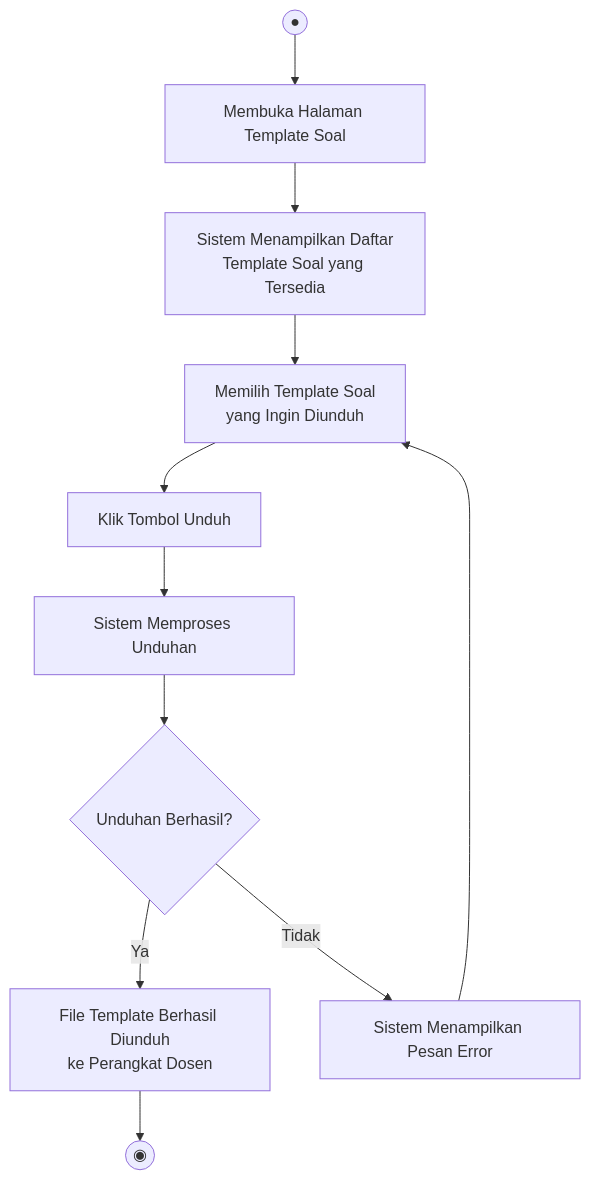
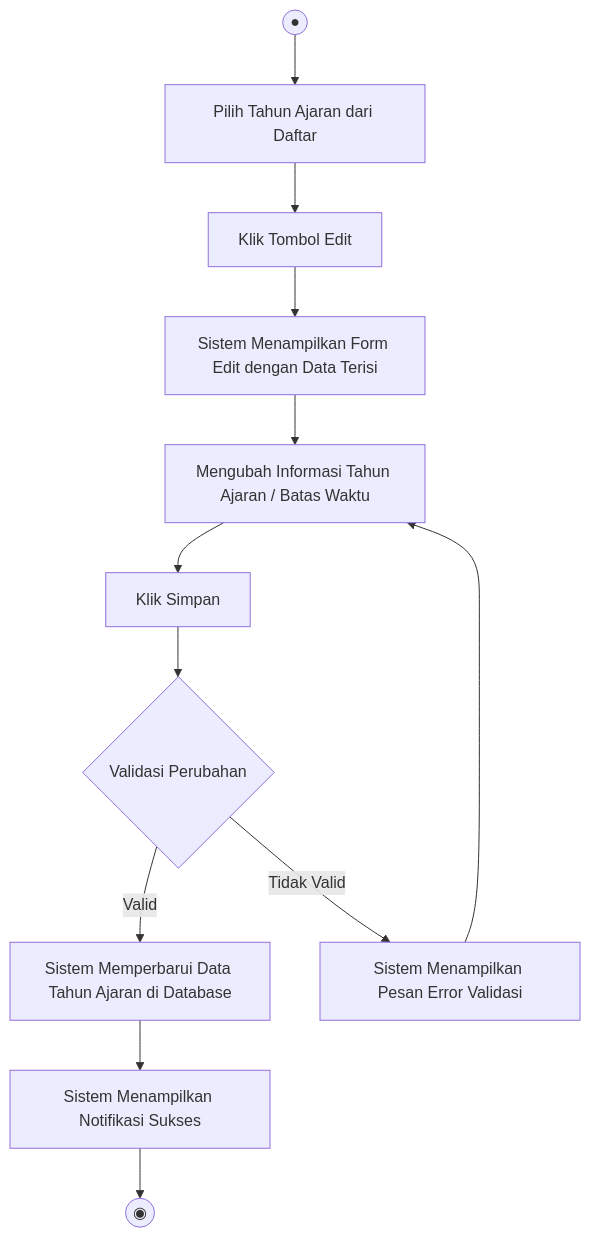
Diagram 17 of 32 in activity_diagrams.md (alexiusprst-tech/dashboard_verif), drawn with Mermaid before and after one commit. The commit also changed other lines of this file and 6 other files, not shown here.

````diff
--- a/activity_diagrams.md
+++ b/activity_diagrams.md
@@ -567,14 +294,14 @@
 ```mermaid
 flowchart TD
-    A(("●")) --> B["Membuka Halaman Template Soal"]
-    B --> C["Sistem Menampilkan Daftar\nTemplate Soal yang Tersedia"]
-    C --> D["Memilih Template Soal\nyang Ingin Diunduh"]
-    D --> E["Klik Tombol Unduh"]
-    E --> F["Sistem Memproses Unduhan"]
-    F --> G{"Unduhan Berhasil?"}
-    G -->|Ya| H["File Template Berhasil Diunduh\nke Perangkat Dosen"]
-    G -->|Tidak| I["Sistem Menampilkan Pesan Error"]
-    I --> D
-
-    H --> Z(("◉"))
+    Start(("●")) --> SelectTA["Pilih Tahun Ajaran dari Daftar"]
+    SelectTA --> ClickEdit["Klik Tombol Edit"]
+    ClickEdit --> ShowForm["Sistem Menampilkan Form Edit dengan Data Terisi"]
+    ShowForm --> UpdateData["Mengubah Informasi Tahun Ajaran / Batas Waktu"]
+    UpdateData --> ClickSave["Klik Simpan"]
+    ClickSave --> Validate{"Validasi Perubahan"}
+    Validate -->|Valid| UpdateDB["Sistem Memperbarui Data Tahun Ajaran di Database"]
+    UpdateDB --> ShowSuccess["Sistem Menampilkan Notifikasi Sukses"]
+    Validate -->|Tidak Valid| ShowError["Sistem Menampilkan Pesan Error Validasi"]
+    ShowError --> UpdateData
+    ShowSuccess --> End(("◉"))
 ```
````
